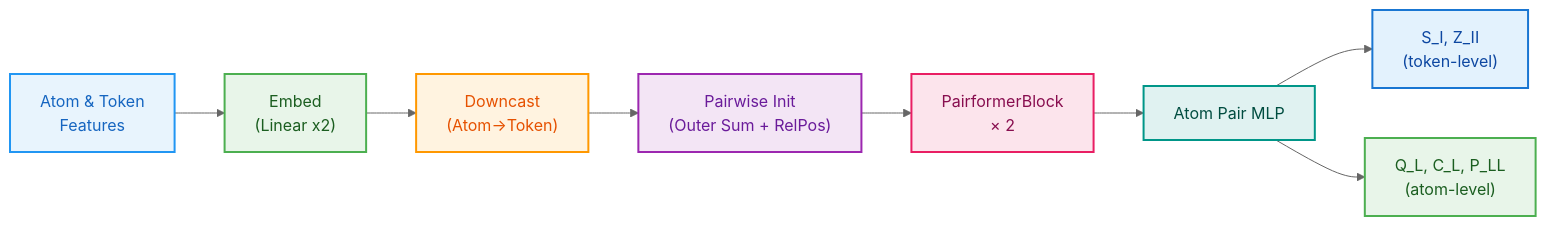
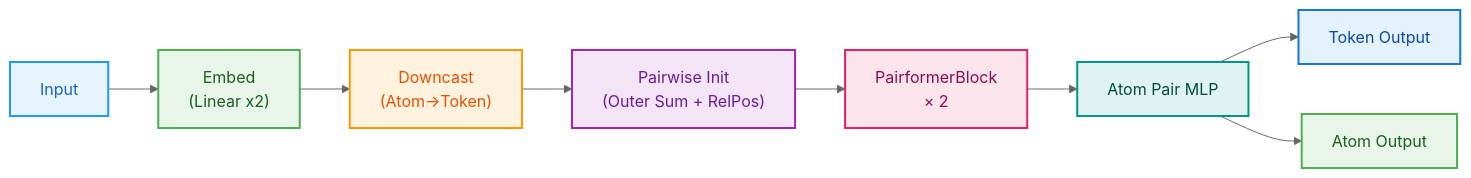
The second of 11 diagrams in models/rfd3/RFD3_architecture_mermaid.md (RTae/foundry), drawn with Mermaid (neutral theme) before and after one commit. The commit also changed other lines of this file, not shown here.

Commit message:
refactor: update RFD3 architecture documentation with clearer input/output terminology in flowcharts

````diff
--- a/models/rfd3/RFD3_architecture_mermaid.md
+++ b/models/rfd3/RFD3_architecture_mermaid.md
@@ -68,15 +68,15 @@
 ```mermaid
 flowchart LR
-    A["Atom & Token\nFeatures"] --> B["Embed\n(Linear x2)"] --> C["Downcast\n(Atom→Token)"] --> D["Pairwise Init\n(Outer Sum + RelPos)"] --> E["PairformerBlock\n× 2"] --> F["Atom Pair MLP"]
-    F --> OUT1["S_I, Z_II\n(token-level)"]
-    F --> OUT2["Q_L, C_L, P_LL\n(atom-level)"]
+    A["Input"] --> B["Embed\n(Linear x2)"] --> C["Downcast\n(Atom→Token)"] --> D["Pairwise Init\n(Outer Sum + RelPos)"] --> E["PairformerBlock\n× 2"] --> F["Atom Pair MLP"]
+    F --> OUT1["Token Output"]
+    F --> OUT2["Atom Output"]
 
     style A fill:#e8f4fd,stroke:#2196F3,stroke-width:2px,color:#1565C0
     style B fill:#e8f5e9,stroke:#4CAF50,stroke-width:2px,color:#1B5E20
     style C fill:#fff3e0,stroke:#FF9800,stroke-width:2px,color:#E65100
     style D fill:#f3e5f5,stroke:#9C27B0,stroke-width:2px,color:#6A1B9A
     style E fill:#fce4ec,stroke:#E91E63,stroke-width:2px,color:#880E4F
     style F fill:#e0f2f1,stroke:#009688,stroke-width:2px,color:#004D40
     style OUT1 fill:#e3f2fd,stroke:#1976D2,stroke-width:2px,color:#0D47A1
     style OUT2 fill:#e8f5e9,stroke:#4CAF50,stroke-width:2px,color:#1B5E20
 ```
````
